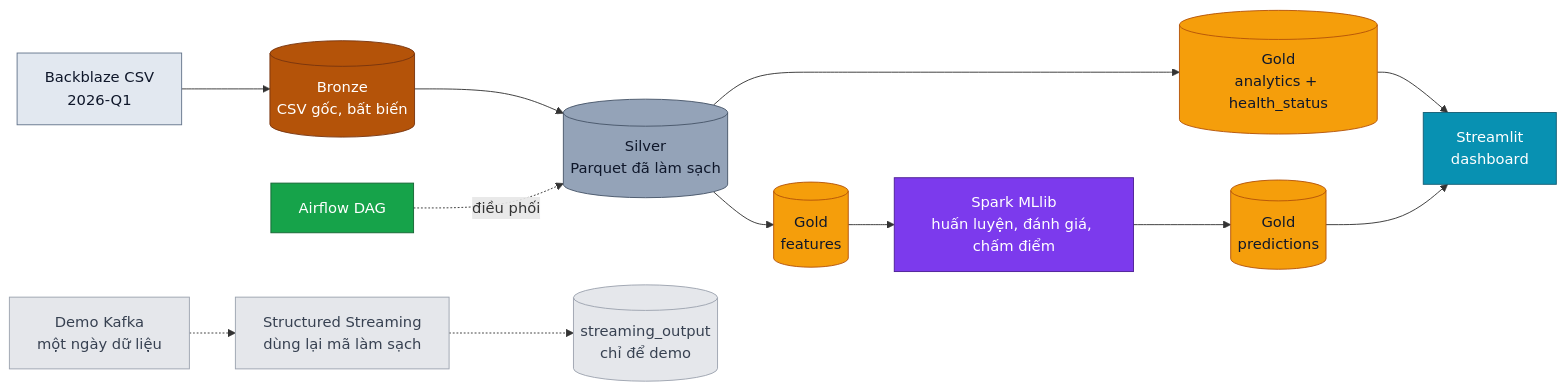
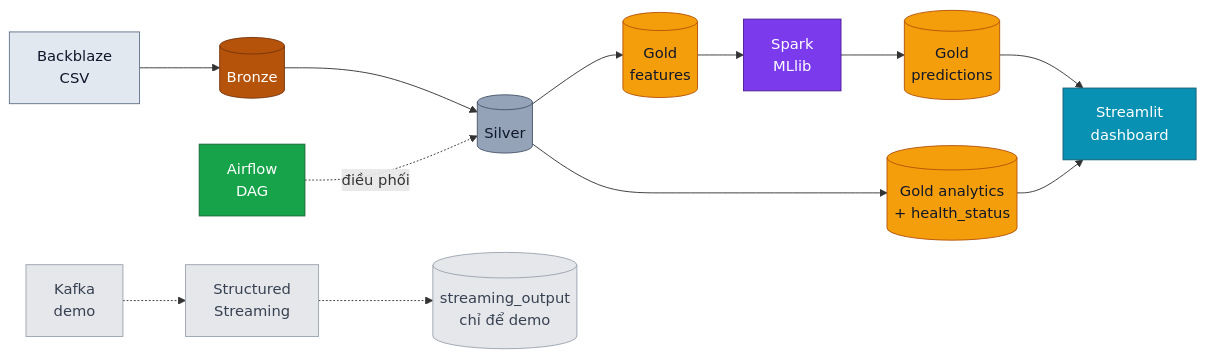
Before and after one commit to ReubenKhangNguyen/smart-drive-failure: the diagram in README_vi.md, drawn with Mermaid. The commit also changed other lines of this file and 2 other files, not shown here.

Commit message:
docs(readme): flat badges on one row, simpler architecture diagram; use the standard MIT text so GitHub detects the license

````diff
--- a/README_vi.md
+++ b/README_vi.md
@@ -75,21 +75,16 @@
 ```mermaid
 flowchart LR
-    SRC["Backblaze CSV<br/>2026-Q1"]:::src --> BR[("Bronze<br/>CSV gốc, bất biến")]:::bronze
-    BR --> SI[("Silver<br/>Parquet đã làm sạch")]:::silver
-    SI --> GF[("Gold<br/>features")]:::gold
-    SI --> GA[("Gold<br/>analytics + health_status")]:::gold
-    GF --> ML["Spark MLlib<br/>huấn luyện, đánh giá, chấm điểm"]:::ml
-    ML --> GP[("Gold<br/>predictions")]:::gold
-    GA --> UI["Streamlit<br/>dashboard"]:::ui
-    GP --> UI
-    KF["Demo Kafka<br/>một ngày dữ liệu"]:::demo -.-> SS["Structured Streaming<br/>dùng lại mã làm sạch"]:::demo -.-> OUT[("streaming_output<br/>chỉ để demo")]:::demo
-    AF["Airflow DAG"]:::orch -.->|điều phối| SI
+    SRC["Backblaze<br/>CSV"]:::src --> BR[("Bronze")]:::bronze --> SI[("Silver")]:::silver
+    SI --> GF[("Gold<br/>features")]:::gold --> ML["Spark<br/>MLlib"]:::ml --> GP[("Gold<br/>predictions")]:::gold --> UI["Streamlit<br/>dashboard"]:::ui
+    SI --> GA[("Gold analytics<br/>+ health_status")]:::gold --> UI
+    KF["Kafka<br/>demo"]:::demo -.-> SS["Structured<br/>Streaming"]:::demo -.-> OUT[("streaming_output<br/>chỉ để demo")]:::demo
+    AF["Airflow<br/>DAG"]:::orch -.->|điều phối| SI
     classDef src fill:#e2e8f0,stroke:#64748b,color:#0f172a
     classDef bronze fill:#b45309,stroke:#78350f,color:#ffffff
     classDef silver fill:#94a3b8,stroke:#475569,color:#0f172a
     classDef gold fill:#f59e0b,stroke:#b45309,color:#0f172a
     classDef ml fill:#7c3aed,stroke:#4c1d95,color:#ffffff
     classDef ui fill:#0891b2,stroke:#155e75,color:#ffffff
     classDef demo fill:#e5e7eb,stroke:#9ca3af,color:#374151
     classDef orch fill:#16a34a,stroke:#166534,color:#ffffff
 ```
````
